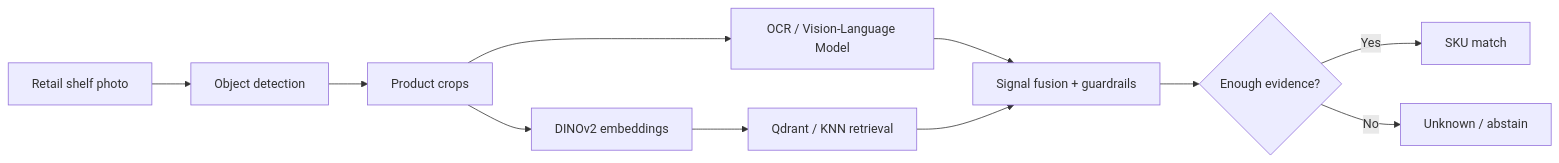
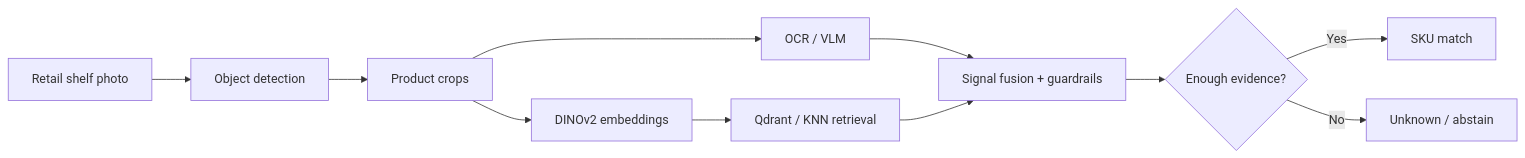
One commit to swd07/swd07 changed the diagram in README.md. Above: the diagram before and after it, drawn with Mermaid. The commit also changed other lines of this file, not shown here.

````diff
--- a/README.md
+++ b/README.md
@@ -45,13 +72,13 @@
 ```mermaid
 flowchart LR
     A[Retail shelf photo] --> B[Object detection]
     B --> C[Product crops]
-    C --> D[OCR / Vision-Language Model]
+    C --> D[OCR / VLM]
     C --> E[DINOv2 embeddings]
     E --> F[Qdrant / KNN retrieval]
     D --> G[Signal fusion + guardrails]
     F --> G
     G --> H{Enough evidence?}
     H -->|Yes| I[SKU match]
     H -->|No| J[Unknown / abstain]
 ```
````
